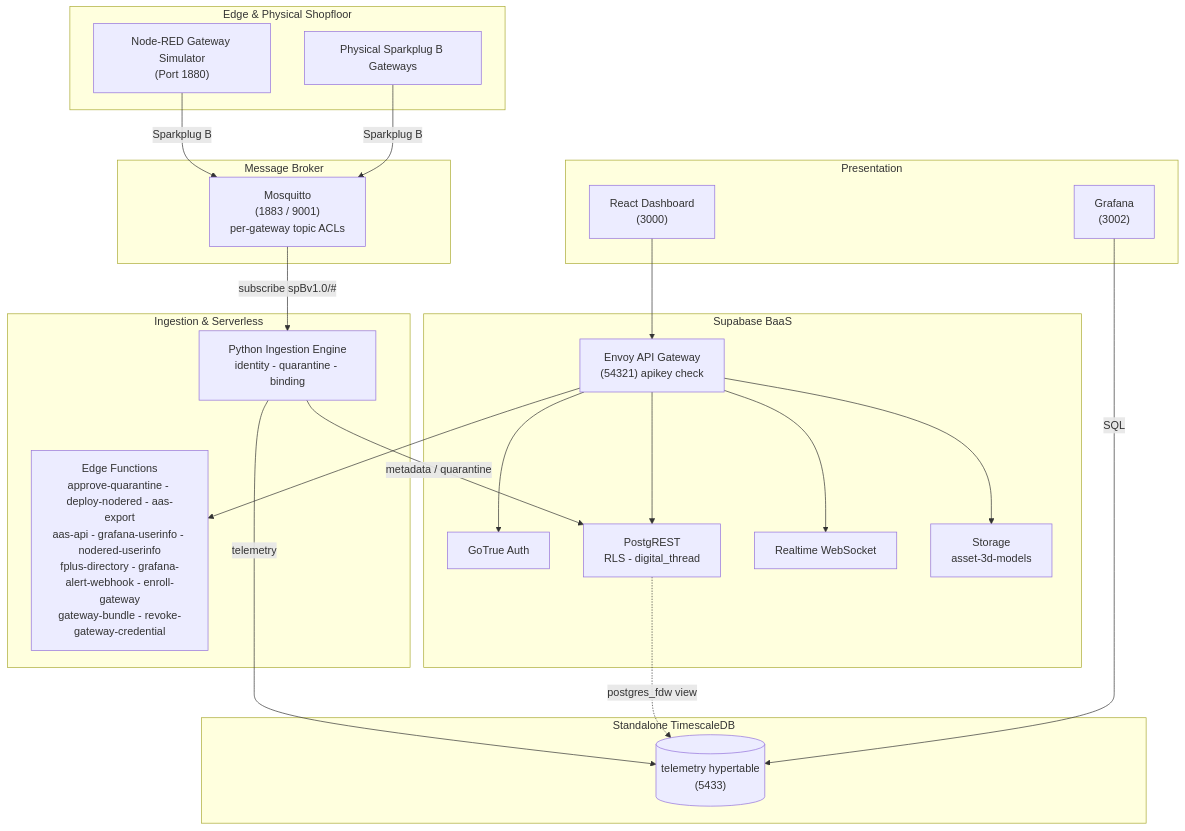
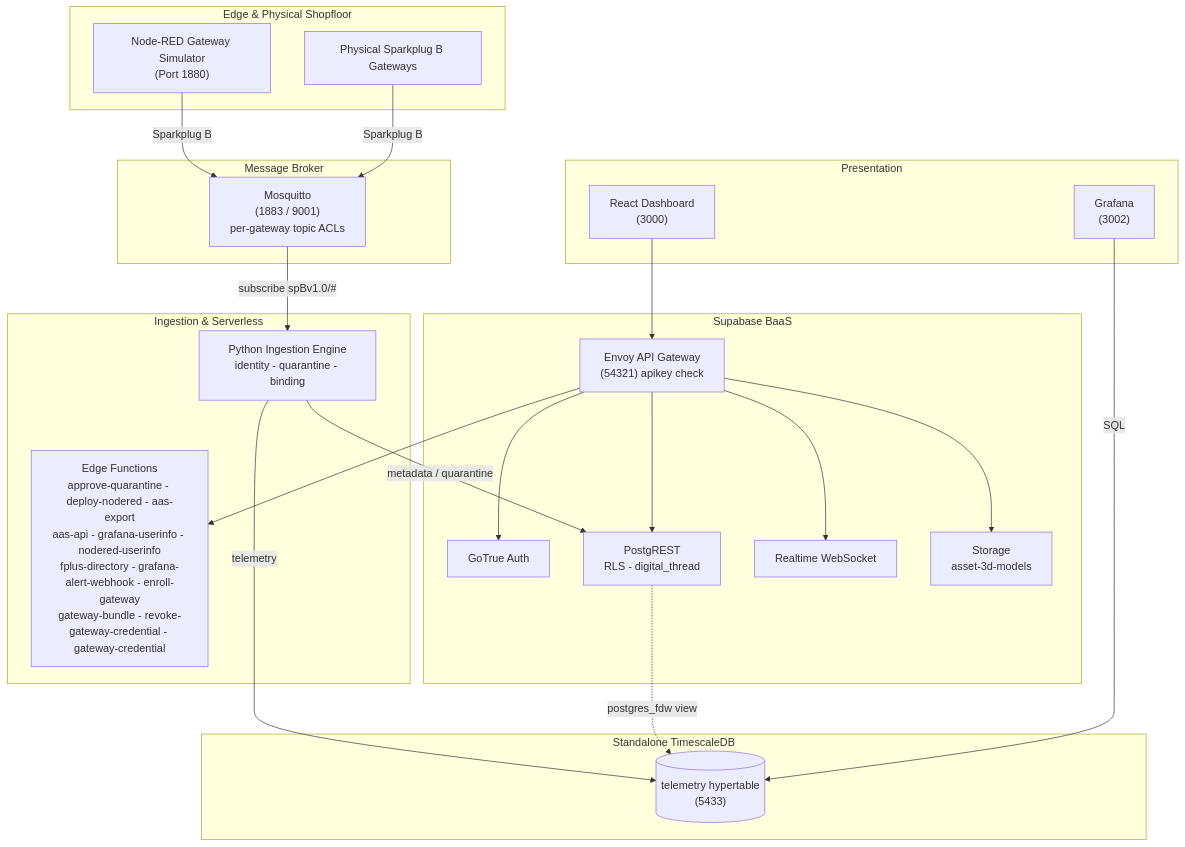
Before and after one commit to Harri-Llewelyn/Aber: the diagram in README.md, drawn with Mermaid. The commit also changed other lines of this file and 7 other files, not shown here.

````diff
--- a/README.md
+++ b/README.md
@@ -30,47 +30,47 @@
 ```mermaid
 flowchart TB
     subgraph Edge ["Edge & Physical Shopfloor"]
         NR["Node-RED Gateway Simulator<br/>(Port 1880)"]
         DEV["Physical Sparkplug B Gateways"]
     end
 
     subgraph Messaging ["Message Broker"]
         MQTT["Mosquitto<br/>(1883 / 9001)<br/>per-gateway topic ACLs"]
     end
 
     subgraph Processing ["Ingestion & Serverless"]
         ING["Python Ingestion Engine<br/>identity - quarantine - binding"]
-        EF["Edge Functions<br/>approve-quarantine - deploy-nodered - aas-export<br/>aas-api - grafana-userinfo - nodered-userinfo<br/>fplus-directory - grafana-alert-webhook - enroll-gateway<br/>gateway-bundle - revoke-gateway-credential"]
+        EF["Edge Functions<br/>approve-quarantine - deploy-nodered - aas-export<br/>aas-api - grafana-userinfo - nodered-userinfo<br/>fplus-directory - grafana-alert-webhook - enroll-gateway<br/>gateway-bundle - revoke-gateway-credential - gateway-credential"]
     end
 
     subgraph Supabase ["Supabase BaaS"]
         GW["Envoy API Gateway<br/>(54321) apikey check"]
         AUTH["GoTrue Auth"]
         PGRST["PostgREST<br/>RLS - digital_thread"]
         RT["Realtime WebSocket"]
         STO["Storage<br/>asset-3d-models"]
     end
 
     subgraph TSDB ["Standalone TimescaleDB"]
         TS[("telemetry hypertable<br/>(5433)")]
     end
 
     subgraph UX ["Presentation"]
         UI["React Dashboard<br/>(3000)"]
         GRAF["Grafana<br/>(3002)"]
     end
 
     NR -->|Sparkplug B| MQTT
     DEV -->|Sparkplug B| MQTT
     MQTT -->|subscribe spBv1.0/#| ING
     ING -->|metadata / quarantine| PGRST
     ING -->|telemetry| TS
     UI --> GW
     GW --> AUTH
     GW --> PGRST
     GW --> RT
     GW --> STO
     GW --> EF
     PGRST -.->|postgres_fdw view| TS
     GRAF -->|SQL| TS
 ```
````
